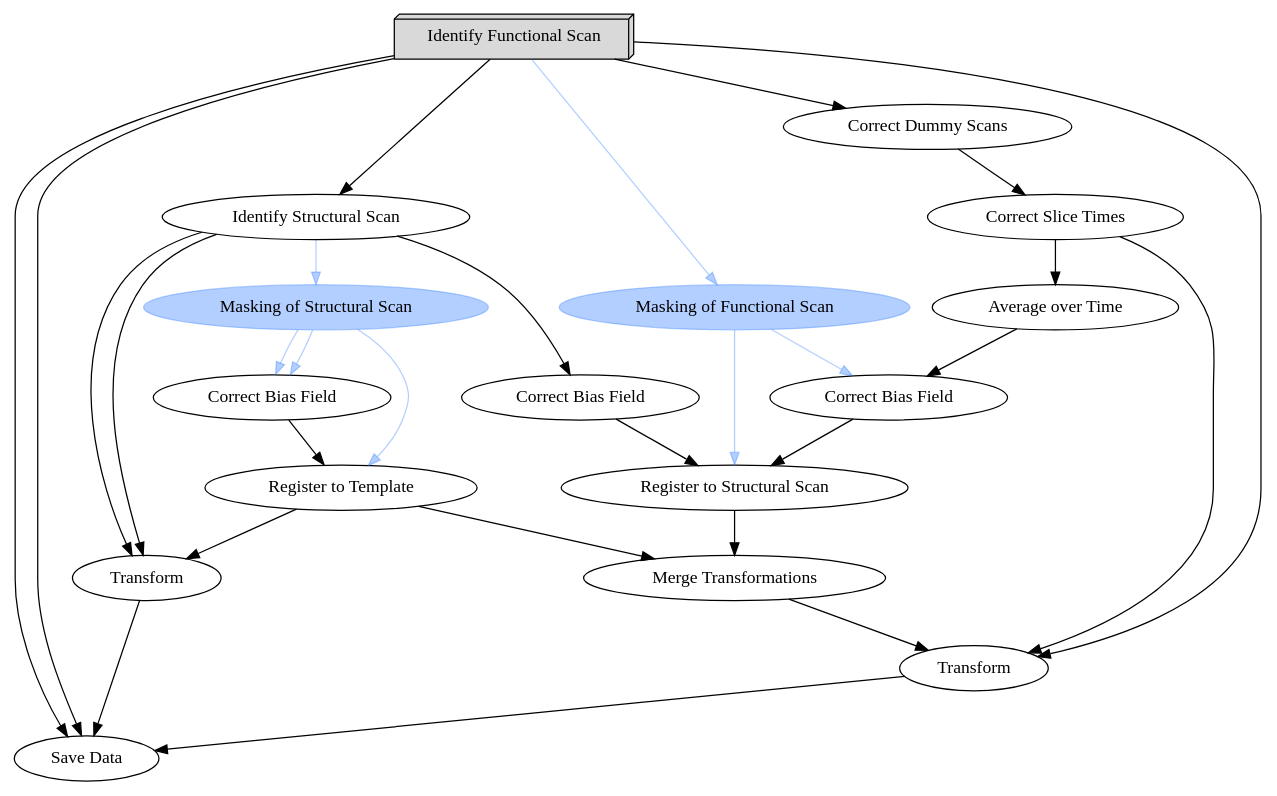
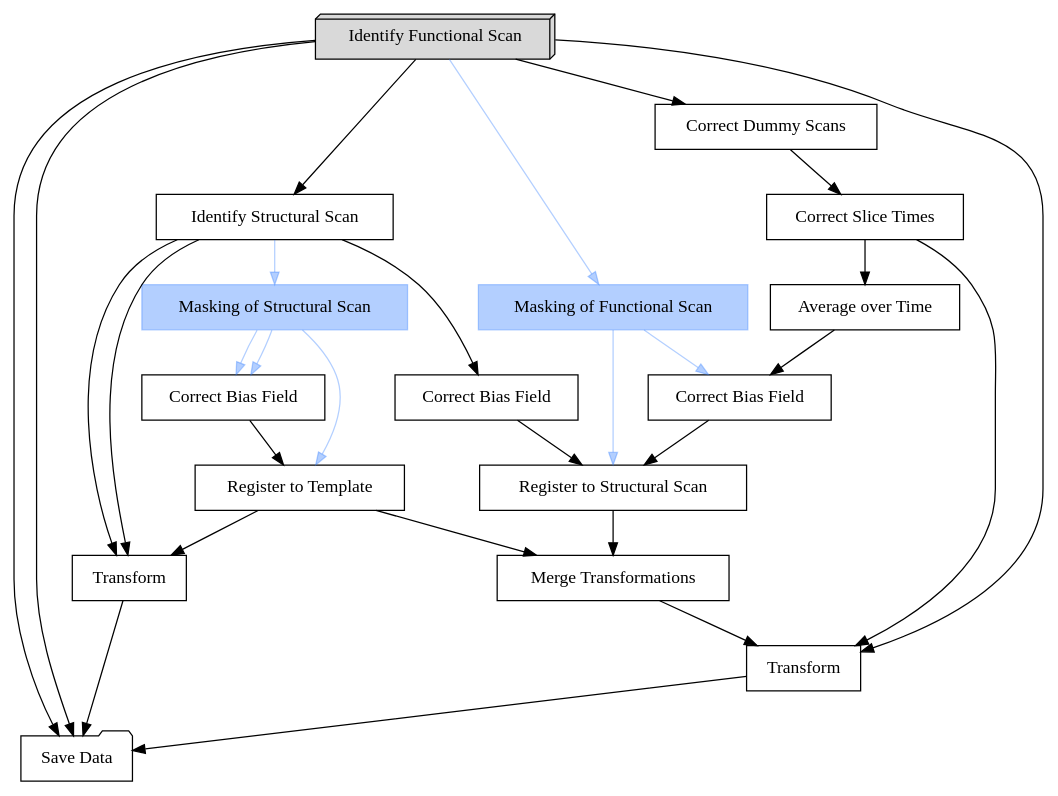
Before and after one commit to Jimmy2027/mlebe_RepSeP_: the diagram in data/poster/masked_nipype.dot, drawn with Graphviz.

Commit message:
change node types

```diff
--- a/data/poster/masked_nipype.dot
+++ b/data/poster/masked_nipype.dot
@@ -1,50 +1,50 @@
 digraph masked_work{
   label="";
   masked_work_get_f_scan[label="Identify Functional Scan", shape=box3d,style=filled, color=black, colorscheme=greys7 fillcolor=2];
-  masked_work_f_mask[label="Masking of Functional Scan", color="#337FFF5f", style=filled];
-  masked_work_get_s_scan[label="Identify Structural Scan"];
-  masked_work__s_biascorrect[label="Correct Bias Field"];
-  masked_work_s_mask[label="Masking of Structural Scan", color="#337FFF5f", style=filled];
-  masked_work_s_biascorrect[label="Correct Bias Field"];
-  masked_work_s_register[label="Register to Template"];
-  masked_work_s_warp[label="Transform"];
-  masked_work_dummy_scans[label="Correct Dummy Scans"];
-  masked_work_slicetimer[label="Correct Slice Times"];
-  masked_work_temporal_mean[label="Average over Time"];
-  masked_work_f_biascorrect[label="Correct Bias Field"];
-  masked_work_f_register[label="Register to Structural Scan"];
-  masked_work_merge[label="Merge Transformations"];
-  masked_work_f_warp[label="Transform"];
-  masked_work_datasink[label="Save Data"];
+  masked_work_f_mask[label="Masking of Functional Scan", color="#337FFF5f", style=filled, shape=file];
+  masked_work_get_s_scan[label="Identify Structural Scan", shape=file];
+  masked_work__s_biascorrect[label="Correct Bias Field", shape=file];
+  masked_work_s_mask[label="Masking of Structural Scan", color="#337FFF5f", style=filled, shape=file];
+  masked_work_s_biascorrect[label="Correct Bias Field", shape=file];
+  masked_work_s_register[label="Register to Template", shape=file];
+  masked_work_s_warp[label="Transform", shape=file];
+  masked_work_dummy_scans[label="Correct Dummy Scans", shape=file];
+  masked_work_slicetimer[label="Correct Slice Times", shape=file];
+  masked_work_temporal_mean[label="Average over Time", shape=file];
+  masked_work_f_biascorrect[label="Correct Bias Field", shape=file];
+  masked_work_f_register[label="Register to Structural Scan", shape=file];
+  masked_work_merge[label="Merge Transformations", shape=file];
+  masked_work_f_warp[label="Transform", shape=file];
+  masked_work_datasink[label="Save Data", shape=folder];
   masked_work_get_f_scan -> masked_work_dummy_scans;
   masked_work_get_f_scan -> masked_work_datasink;
   masked_work_get_f_scan -> masked_work_datasink;
   masked_work_get_f_scan -> masked_work_get_s_scan;
   masked_work_get_f_scan -> masked_work_f_mask [color="#337FFF5f"];
   masked_work_get_f_scan -> masked_work_f_warp;
   masked_work_f_mask -> masked_work_f_biascorrect [color="#337FFF5f"];
   masked_work_f_mask -> masked_work_f_register [color="#337FFF5f"];
   masked_work_get_s_scan -> masked_work_s_warp;
   masked_work_get_s_scan -> masked_work_s_warp;
   masked_work_get_s_scan -> masked_work_s_mask [color="#337FFF5f"];
   masked_work_get_s_scan -> masked_work__s_biascorrect;
   masked_work__s_biascorrect -> masked_work_f_register;
   masked_work_s_mask -> masked_work_s_biascorrect [color="#337FFF5f"];
   masked_work_s_mask -> masked_work_s_biascorrect [color="#337FFF5f"];
   masked_work_s_mask -> masked_work_s_register [color="#337FFF5f"];
   masked_work_s_biascorrect -> masked_work_s_register;
   masked_work_s_register -> masked_work_s_warp;
   masked_work_s_register -> masked_work_merge;
   masked_work_s_warp -> masked_work_datasink;
 
 
   masked_work_dummy_scans -> masked_work_slicetimer;
   masked_work_slicetimer -> masked_work_temporal_mean;
   masked_work_slicetimer -> masked_work_f_warp;
   masked_work_temporal_mean -> masked_work_f_biascorrect;
   masked_work_f_biascorrect -> masked_work_f_register;
   masked_work_f_register -> masked_work_merge;
   masked_work_merge -> masked_work_f_warp;
   masked_work_f_warp -> masked_work_datasink;
 
 }
```
